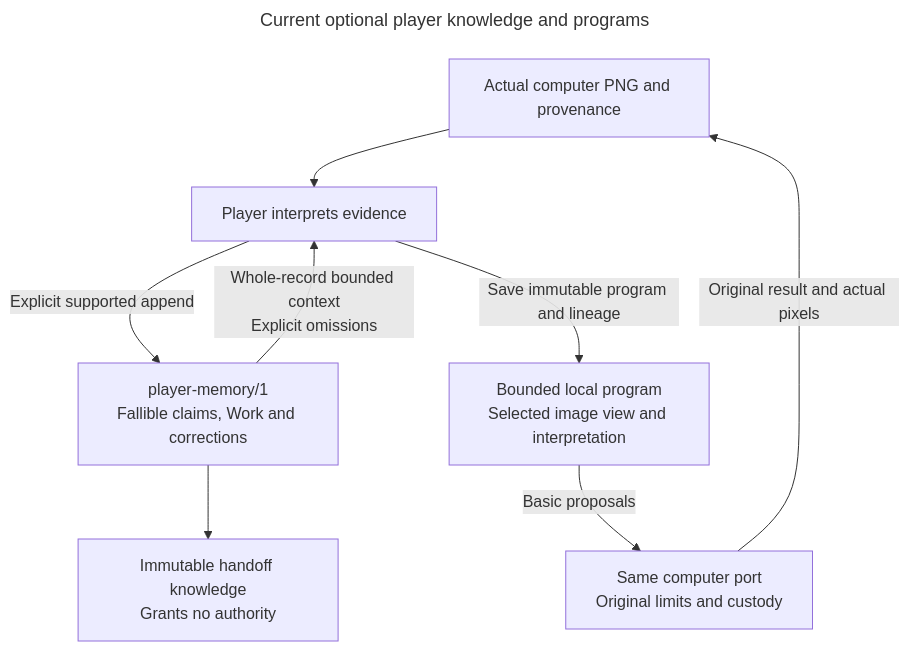
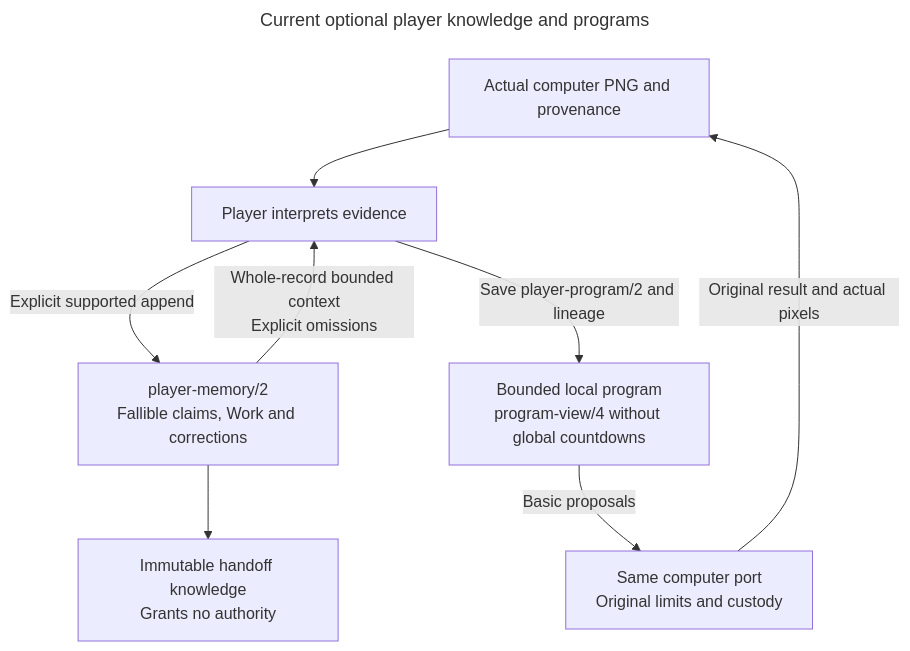
The diagram in docs/diagrams/player-owned-memory.mmd (CVX-Hull/enactive), drawn with Mermaid before and after one commit. The commit also changed 70 other files, not shown here.

```diff
--- a/docs/diagrams/player-owned-memory.mmd
+++ b/docs/diagrams/player-owned-memory.mmd
@@ -1,13 +1,13 @@
 ---
 title: Current optional player knowledge and programs
 ---
 flowchart TB
   accTitle: Current optional player knowledge and programs
   accDescr: Player claims and selected source pixels support decisions, not authority. Explicit append or program save lazily remembers referenced images. Corrections preserve history. Bounded programs propose the same basic controls. Context is immutable data for handoff; actual quiescence and canonical issuance are separate custody checks.
 E["Actual computer PNG and provenance"] --> P["Player interprets evidence"]
-  P -->|"Explicit supported append"| M["player-memory/1<br/>Fallible claims, Work and corrections"]
-  P -->|"Save immutable program and lineage"| R["Bounded local program<br/>Selected image view and interpretation"]
+  P -->|"Explicit supported append"| M["player-memory/2<br/>Fallible claims, Work and corrections"]
+  P -->|"Save player-program/2 and lineage"| R["Bounded local program<br/>program-view/4 without global countdowns"]
   R -->|"Basic proposals"| C["Same computer port<br/>Original limits and custody"]
   M -->|"Whole-record bounded context<br/>Explicit omissions"| P
   M --> H["Immutable handoff knowledge<br/>Grants no authority"]
   C -->|"Original result and actual pixels"| E
```
